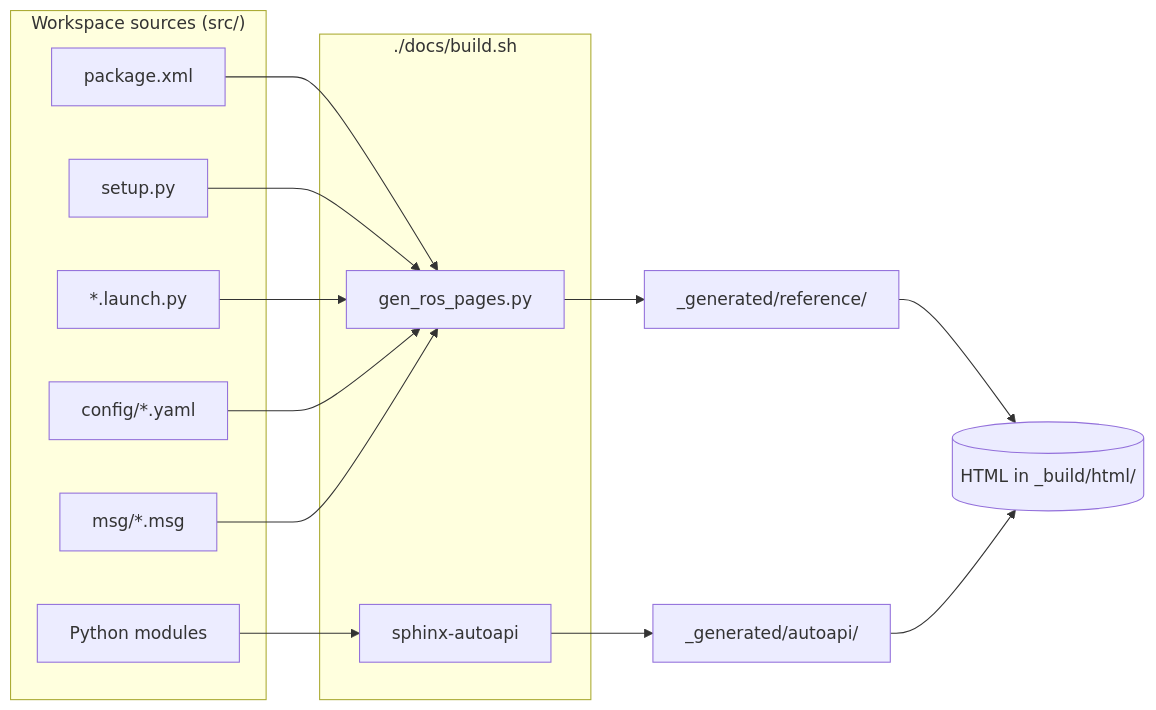
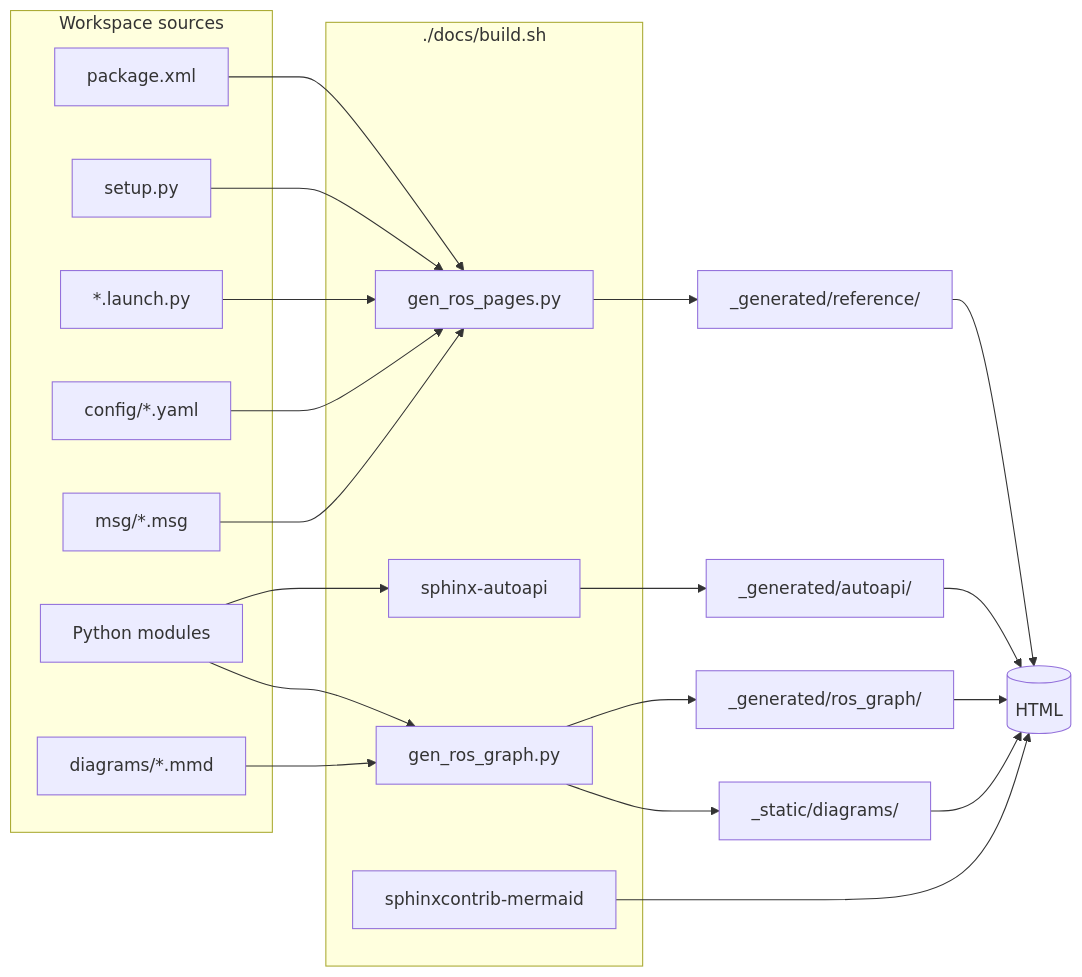
Before and after one commit to nzge/fishing-bot: the diagram in software/docs/doc_pipeline.md, drawn with Mermaid. The commit also changed other lines of this file and 49 other files, not shown here.

````diff
--- a/software/docs/doc_pipeline.md
+++ b/software/docs/doc_pipeline.md
@@ -9,28 +9,38 @@
 ```{mermaid}
 flowchart LR
-    subgraph sources["Workspace sources (src/)"]
+    subgraph sources["Workspace sources"]
         PX[package.xml]
         SP[setup.py]
         LF[*.launch.py]
         YML[config/*.yaml]
         MSG[msg/*.msg]
         PY[Python modules]
+        MMD[diagrams/*.mmd]
     end
 
     subgraph build["./docs/build.sh"]
         GEN["gen_ros_pages.py"]
+        GRAPH["gen_ros_graph.py"]
         AUTOAPI["sphinx-autoapi"]
+        MERMAID["sphinxcontrib-mermaid"]
     end
 
     PX --> GEN
     SP --> GEN
     LF --> GEN
     YML --> GEN
     MSG --> GEN
     PY --> AUTOAPI
+    PY --> GRAPH
+    MMD --> GRAPH
 
     GEN --> REF["_generated/reference/"]
+    GRAPH --> RG["_generated/ros_graph/"]
+    GRAPH --> STATIC["_static/diagrams/"]
     AUTOAPI --> API["_generated/autoapi/"]
-    REF --> HTML[(HTML in _build/html/)]
+    REF --> HTML[(HTML)]
+    RG --> HTML
+    STATIC --> HTML
     API --> HTML
+    MERMAID --> HTML
 ```
````
